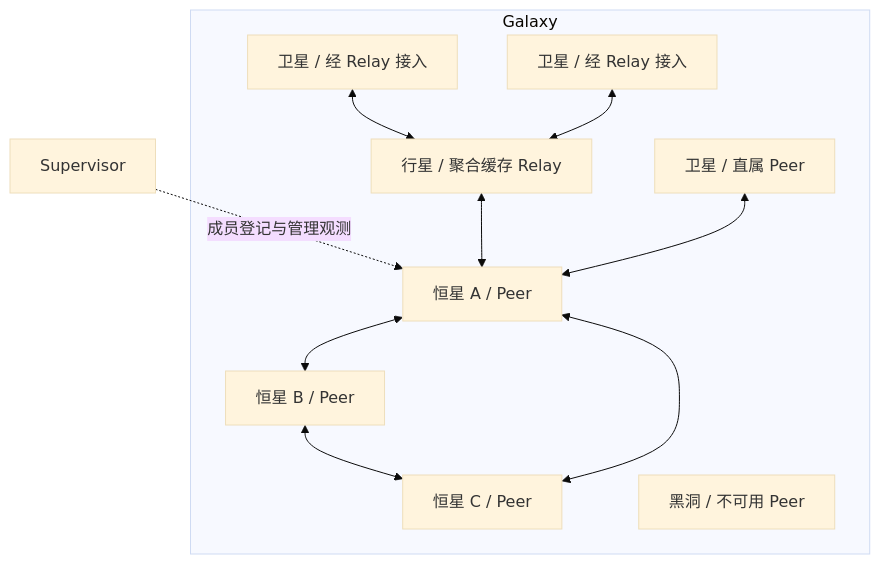
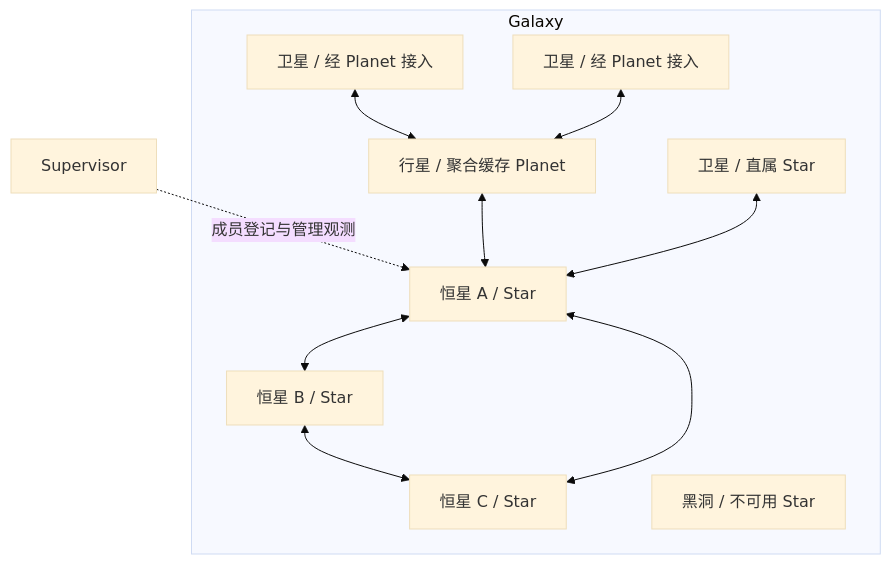
Before and after one commit to eosforge/verdandi: the diagram in galaxy-architecture.md, drawn with Mermaid (base theme). The commit also changed other lines of this file and 371 other files, not shown here.

````diff
--- a/galaxy-architecture.md
+++ b/galaxy-architecture.md
@@ -32,14 +42,14 @@
 ```mermaid
 flowchart TB
     S[Supervisor] -. 成员登记与管理观测 .-> A
     subgraph G[Galaxy]
-        A[恒星 A / Peer] <--> B[恒星 B / Peer]
-        B <--> C[恒星 C / Peer]
+        A[恒星 A / Star] <--> B[恒星 B / Star]
+        B <--> C[恒星 C / Star]
         C <--> A
-        R[行星 / 聚合缓存 Relay] <--> A
-        X[卫星 / 直属 Peer] <--> A
-        Y[卫星 / 经 Relay 接入] <--> R
-        Z[卫星 / 经 Relay 接入] <--> R
-        D[黑洞 / 不可用 Peer]
+        R[行星 / 聚合缓存 Planet] <--> A
+        X[卫星 / 直属 Star] <--> A
+        Y[卫星 / 经 Planet 接入] <--> R
+        Z[卫星 / 经 Planet 接入] <--> R
+        D[黑洞 / 不可用 Star]
     end
 ```
````
